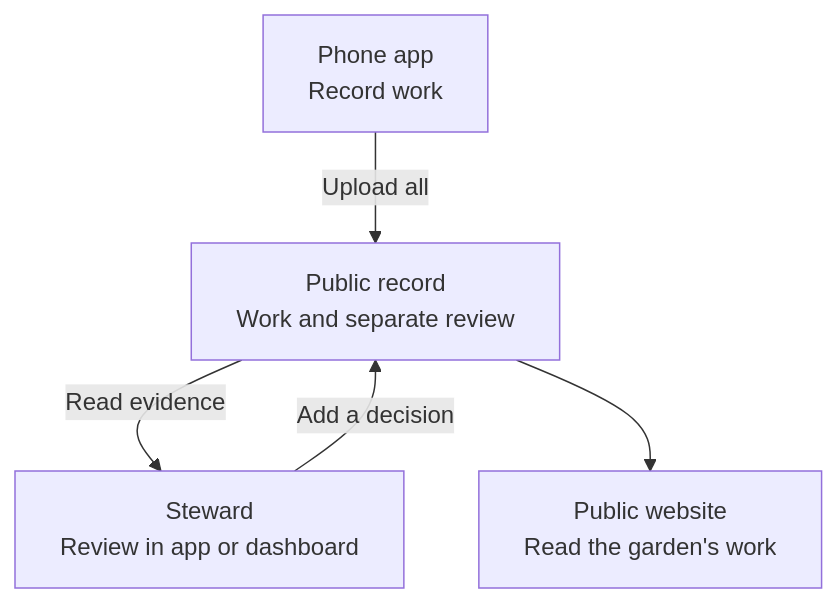
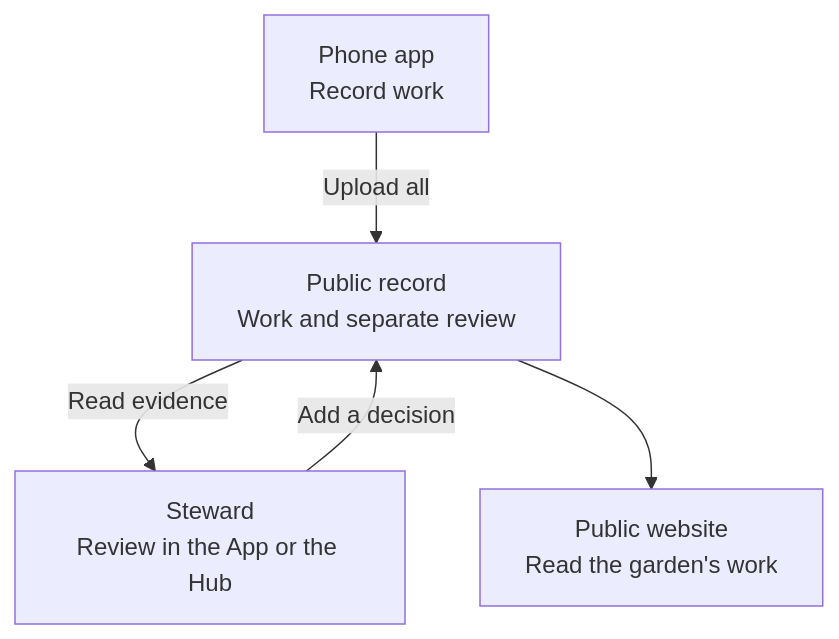
One commit to greenpill-dev-guild/green-goods changed the diagram in docs/docs/community/how-it-works.mdx. Above: the diagram before and after it, drawn with Mermaid. The commit also changed other lines of this file and 45 other files, not shown here.

First line of the commit message:
docs: use the Green Goods App, Hub and Website names

````diff
--- a/docs/docs/community/how-it-works.mdx
+++ b/docs/docs/community/how-it-works.mdx
@@ -69,7 +69,7 @@
 ```mermaid
 flowchart TB
     A["Phone app<br/>Record work"] -->|Upload all| R["Public record<br/>Work and separate review"]
-    R -->|Read evidence| S["Steward<br/>Review in app or dashboard"]
+    R -->|Read evidence| S["Steward<br/>Review in the App or the Hub"]
     S -->|Add a decision| R
     R --> W["Public website<br/>Read the garden's work"]
 ```
````
